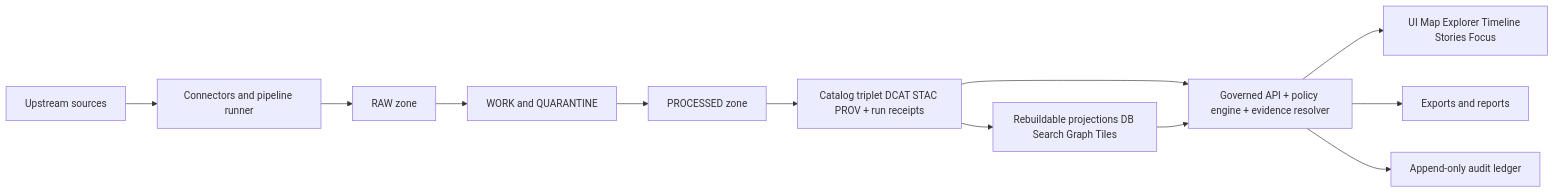
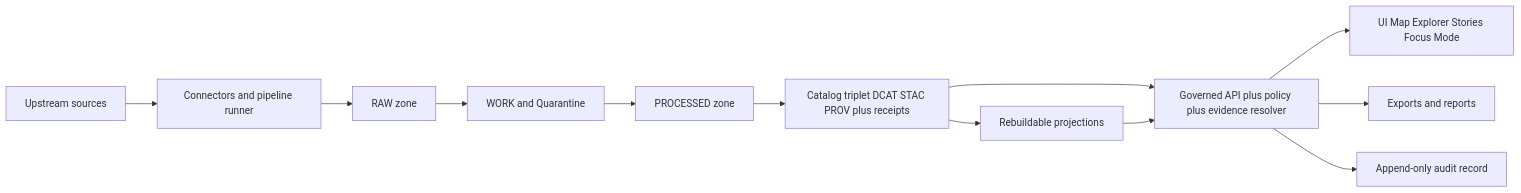
Before and after one commit to bartytime4life/Kansas-Frontier-Matrix: the first of 4 diagrams in README.md, drawn with Mermaid. The commit also changed other lines of this file, not shown here.

````diff
--- a/README.md
+++ b/README.md
@@ -257,14 +140,14 @@
 ```mermaid
 flowchart LR
   A[Upstream sources] --> B[Connectors and pipeline runner]
   B --> C[RAW zone]
-  C --> D[WORK and QUARANTINE]
+  C --> D[WORK and Quarantine]
   D --> E[PROCESSED zone]
-  E --> F[Catalog triplet DCAT STAC PROV + run receipts]
-  F --> G[Rebuildable projections DB Search Graph Tiles]
-  F --> H[Governed API + policy engine + evidence resolver]
+  E --> F[Catalog triplet DCAT STAC PROV plus receipts]
+  F --> G[Rebuildable projections]
+  F --> H[Governed API plus policy plus evidence resolver]
   G --> H
-  H --> I[UI Map Explorer Timeline Stories Focus]
+  H --> I[UI Map Explorer Stories Focus Mode]
   H --> J[Exports and reports]
-  H --> K[Append-only audit ledger]
+  H --> K[Append-only audit record]
 ```
````
